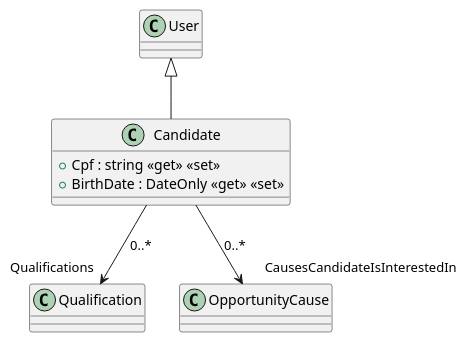
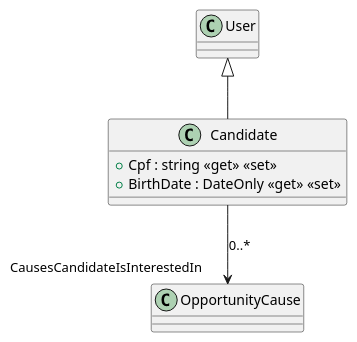
Before and after one commit to raulalvesre/WeCare: the diagram in WeCare.Domain/puml/Models/Candidate.puml, drawn with PlantUML. The commit also changed 4 other files, not shown here.

```diff
--- a/WeCare.Domain/puml/Models/Candidate.puml
+++ b/WeCare.Domain/puml/Models/Candidate.puml
@@ -1,9 +1,8 @@
 @startuml
 class Candidate {
     + Cpf : string <<get>> <<set>>
     + BirthDate : DateOnly <<get>> <<set>>
 }
 User <|-- Candidate
-Candidate --> "Qualifications" Qualification :  "0..*"
 Candidate --> "CausesCandidateIsInterestedIn" OpportunityCause : "0..*"
 @enduml
```
